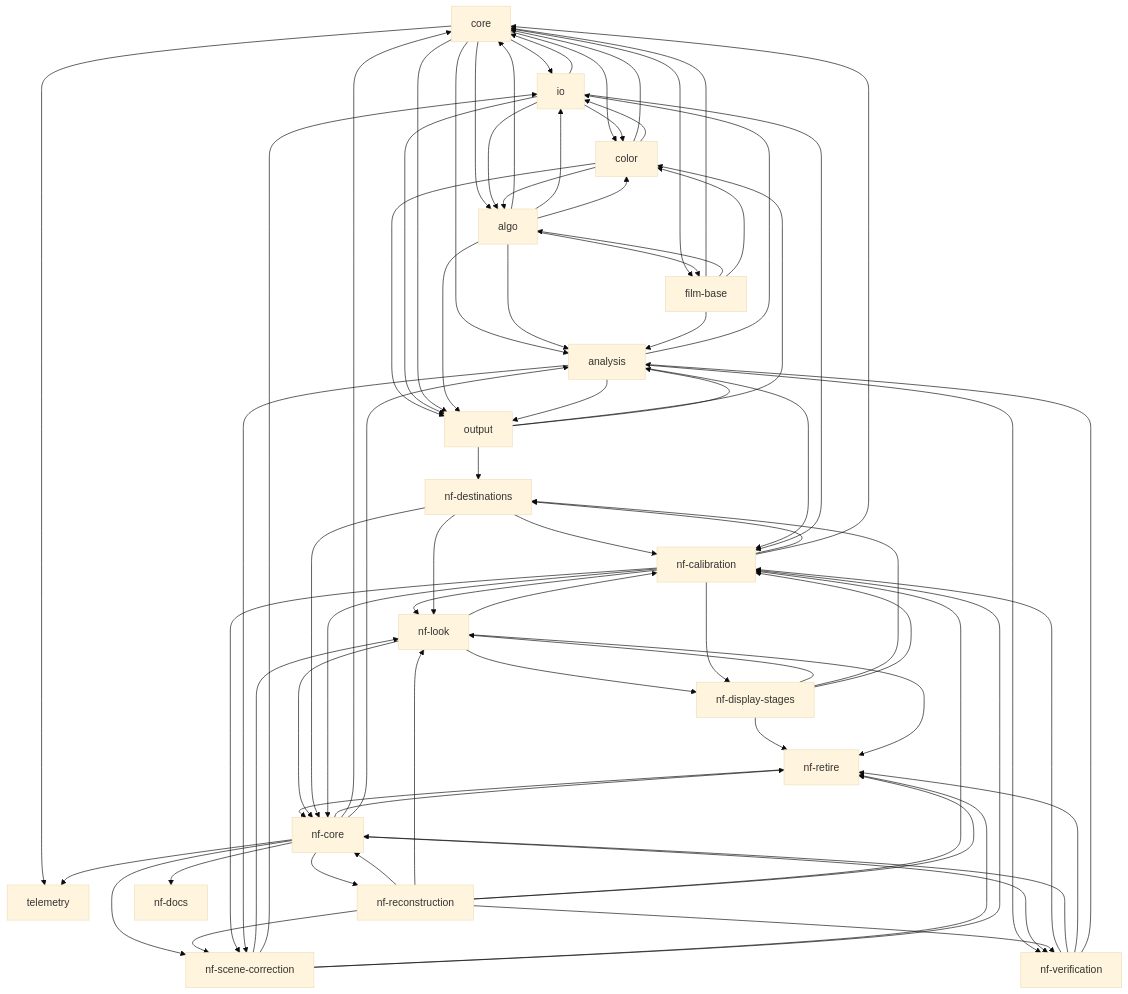
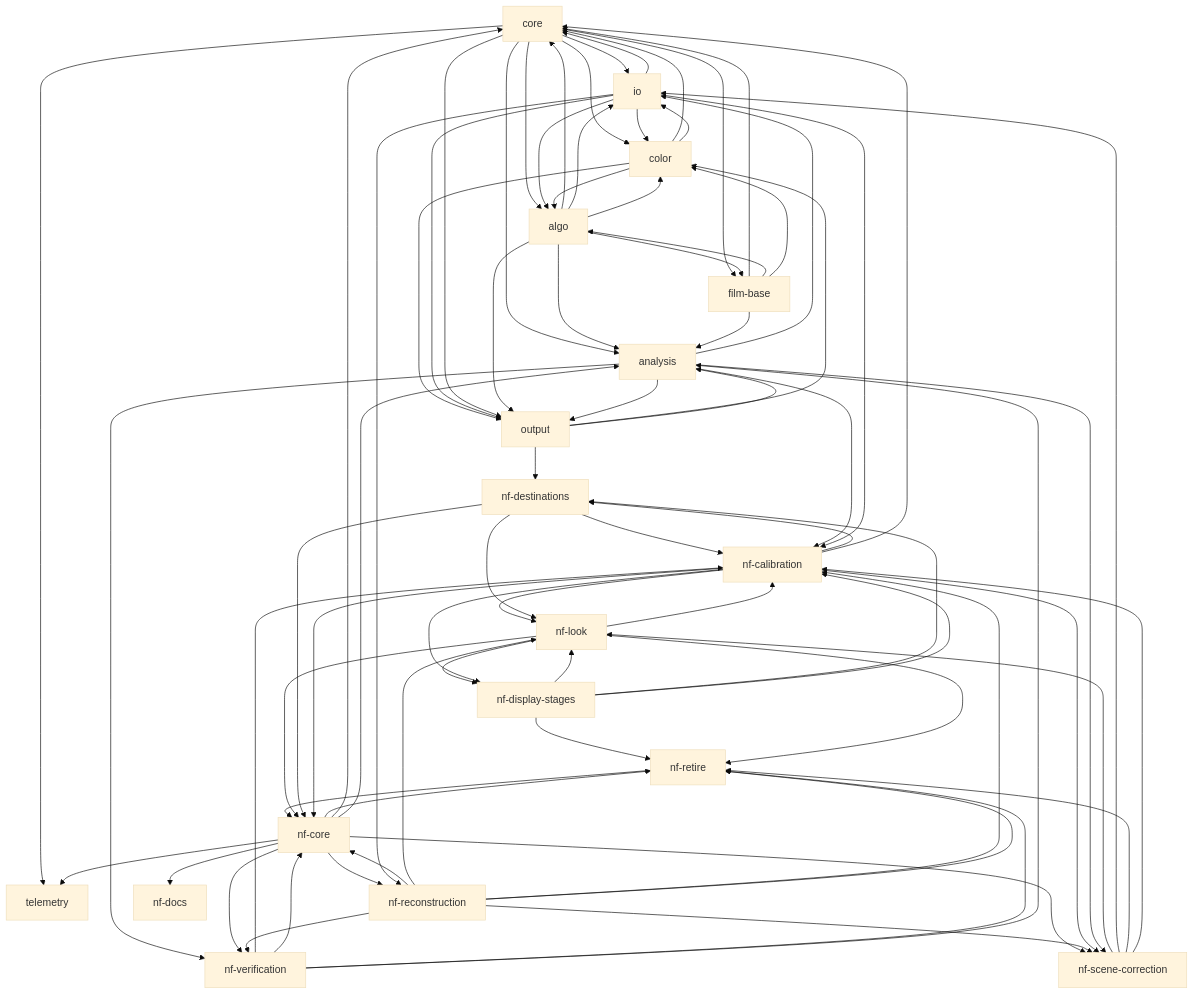
Before and after one commit to lix42/hanten: the first of 2 diagrams in docs/TASKS.md, drawn with Mermaid (base theme). The commit also changed other lines of this file and 13 other files, not shown here.

```diff
--- a/docs/TASKS.md
+++ b/docs/TASKS.md
@@ -160,6 +160,7 @@
   nf-verification --> nf-calibration
   analysis --> nf-calibration
   io --> nf-calibration
+  io --> nf-reconstruction
   nf-scene-correction --> io
   nf-look --> nf-calibration
   nf-reconstruction --> nf-calibration
```
